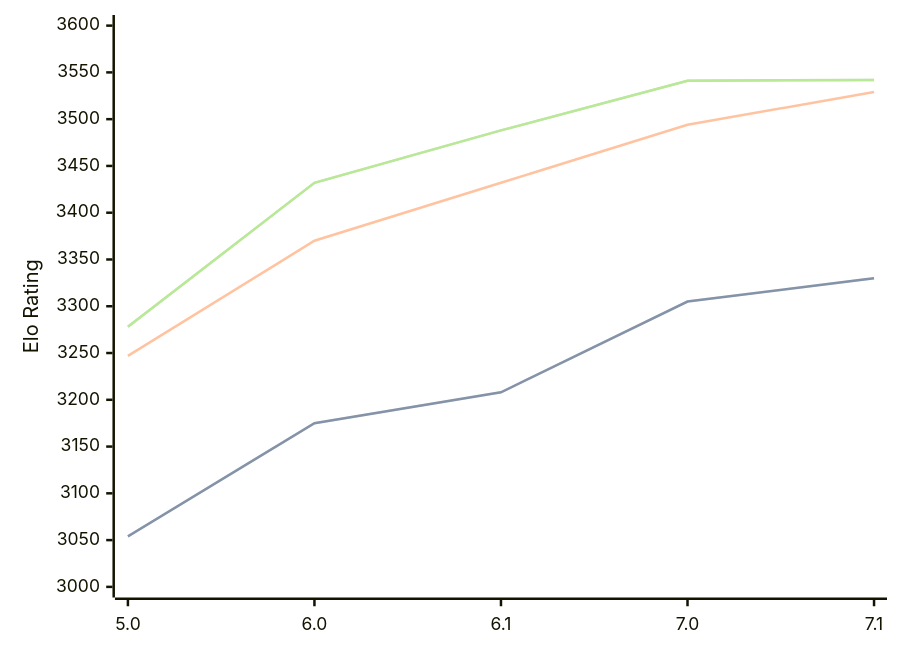
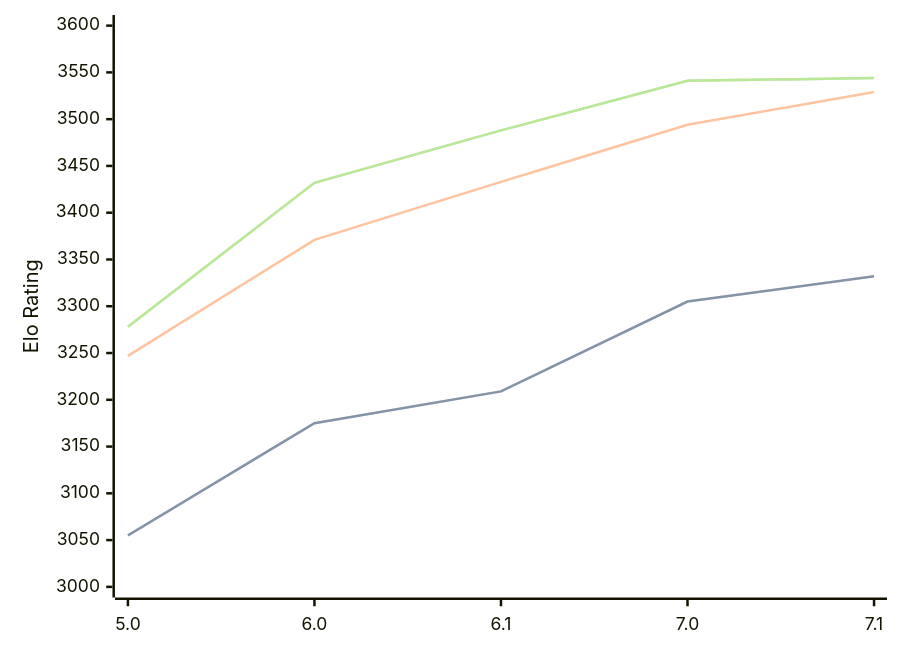
The diagram in engines/PZChessBot.md (computer-chess-index/cci), drawn with Mermaid before and after one commit. The commit also changed other lines of this file, not shown here.

Commit message:
Update CCI Ratings (ELO VLTC) - 2026-10-08

````diff
--- a/engines/PZChessBot.md
+++ b/engines/PZChessBot.md
@@ -35,11 +35,11 @@
 ```mermaid
 %%{init: {"theme":"base","themeVariables":{"seriesColors:['#a3a3a3','#222221','#faa371']}}}%%
 xychart-beta
   x-axis ["5.0", "6.0", "6.1", "7.0", "7.1"]
   y-axis "Elo Rating" 3000 --> 3600
-  line "" [3054, 3175, 3208, 3305, 3330]
-  line "STC (8.0+0.08s)" [3054, 3175, 3208, 3305, 3330]
-  line "LTC (60.0+0.60s)" [3247, 3370, 3432, 3494, 3529]
-  line "" [3278, 3432, 3488, 3541, 3542]
-  line "VLTC (2m24s+1.12s)" [3278, 3432, 3488, 3541, 3542]
+  line "" [3055, 3175, 3209, 3305, 3332]
+  line "STC (8.0+0.08s)" [3055, 3175, 3209, 3305, 3332]
+  line "LTC (60.0+0.60s)" [3247, 3371, 3433, 3494, 3529]
+  line "" [3278, 3432, 3488, 3541, 3544]
+  line "VLTC (2m24s+1.12s)" [3278, 3432, 3488, 3541, 3544]
 ```
````
